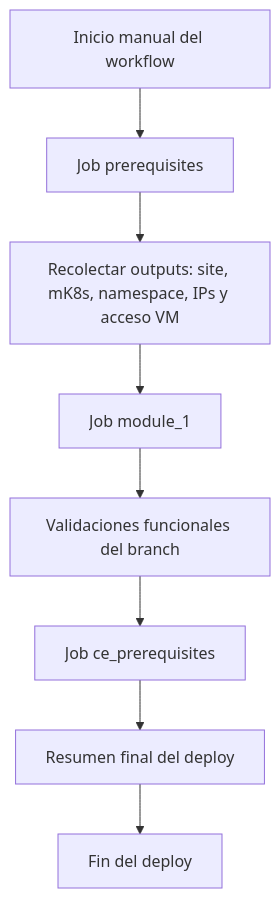
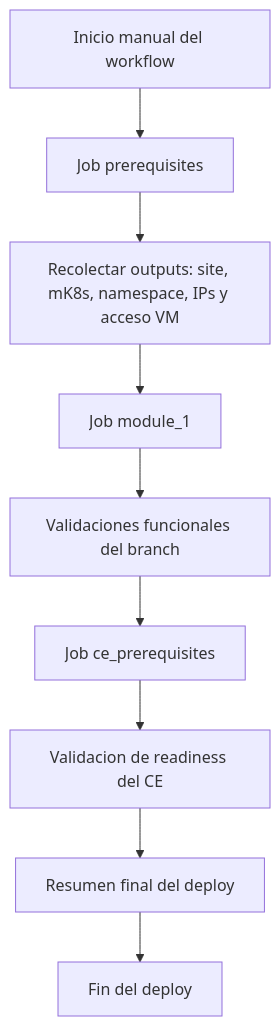
Before and after one commit to ocpdata/xcawsedgedemoguide: the first of 14 diagrams in descripcion.md, drawn with Mermaid. The commit also changed other lines of this file and 1 other file, not shown here.

Commit message:
Wait for CE site readiness

````diff
--- a/descripcion.md
+++ b/descripcion.md
@@ -56,10 +56,11 @@
 ```mermaid
 flowchart TD
     A[Inicio manual del workflow] --> B[Job prerequisites]
     B --> C[Recolectar outputs: site, mK8s, namespace, IPs y acceso VM]
     C --> D[Job module_1]
     D --> E[Validaciones funcionales del branch]
     E --> F[Job ce_prerequisites]
-    F --> G[Resumen final del deploy]
-    G --> H[Fin del deploy]
+    F --> G[Validacion de readiness del CE]
+    G --> H[Resumen final del deploy]
+    H --> I[Fin del deploy]
 ```
````
